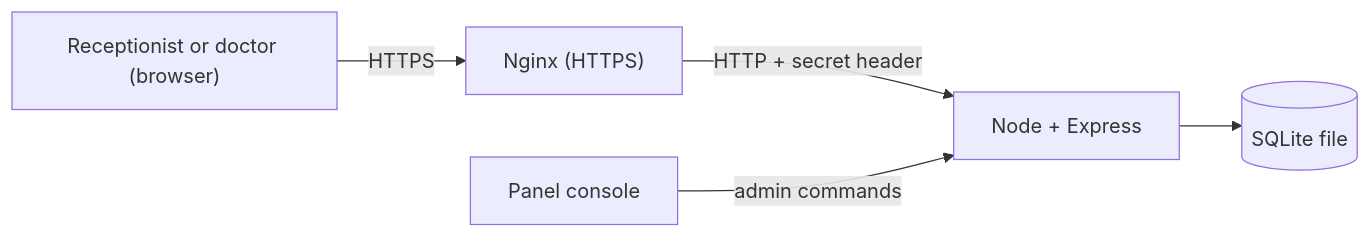
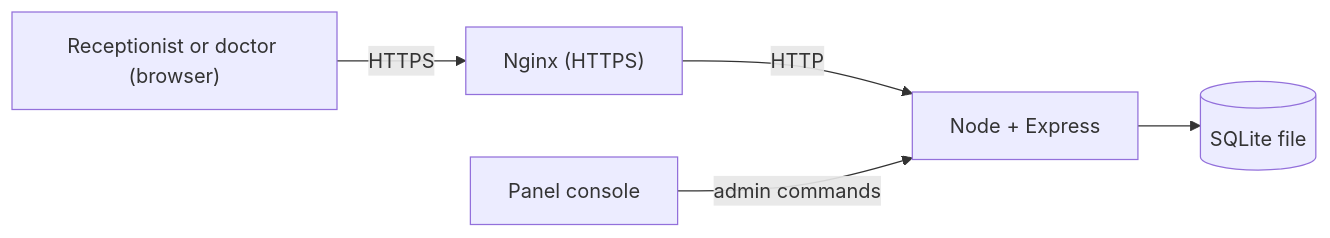
One commit to KevinSiddhpura/patient-onboarding changed the diagram in own/README.md. Above: the diagram before and after it, drawn with Mermaid. The commit also changed other lines of this file and 84 other files, not shown here.

````diff
--- a/own/README.md
+++ b/own/README.md
@@ -16,12 +27,12 @@
 ```mermaid
 flowchart LR
     User["Receptionist or doctor (browser)"]
     Nginx["Nginx (HTTPS)"]
     Server["Node + Express"]
     DB[("SQLite file")]
     Console["Panel console"]
     User -->|"HTTPS"| Nginx
-    Nginx -->|"HTTP + secret header"| Server
+    Nginx -->|"HTTP"| Server
     Server --> DB
     Console -->|"admin commands"| Server
 ```
````
